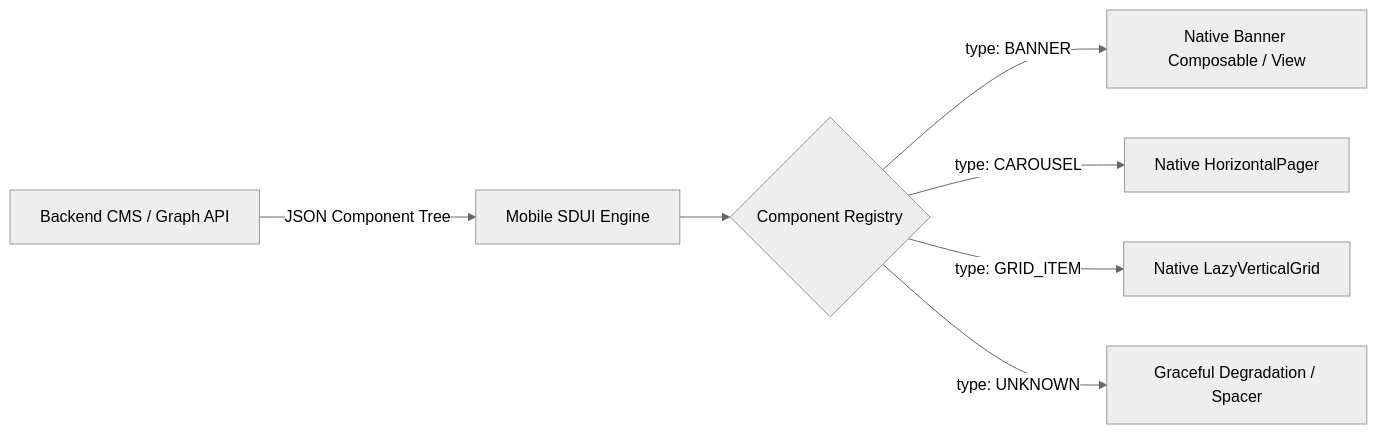
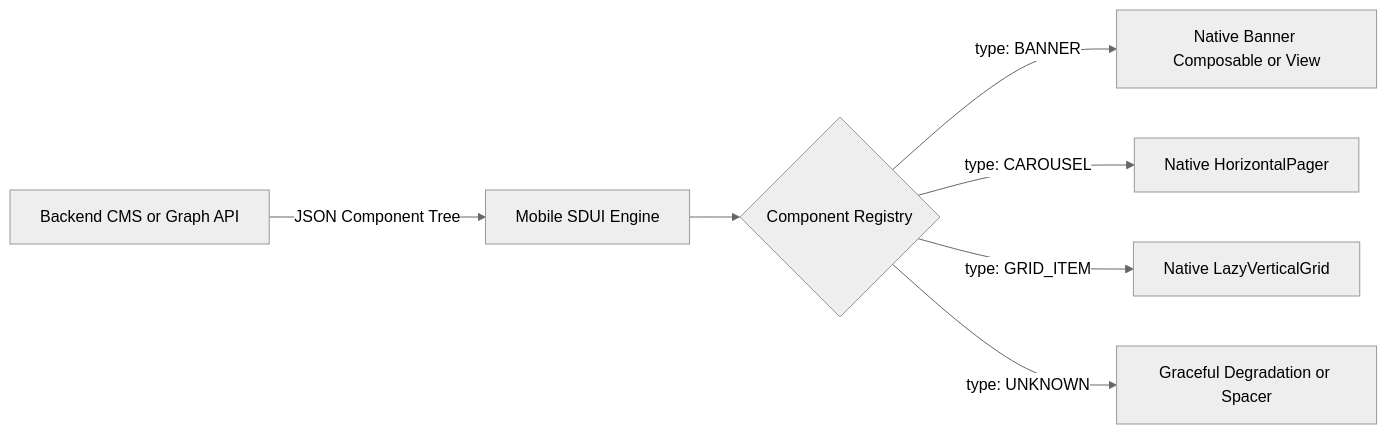
Before and after one commit to vennamprasad/awesome-mobile-interviews: the diagram in engineering/growth-and-internals/01_Server_Driven_UI_SDUI.md, drawn with Mermaid (neutral theme). The commit also changed 7 other files, not shown here.

Commit message:
fix(growth-and-internals): resolve Mermaid diagram syntax and quoting for GitHub rich display

````diff
--- a/engineering/growth-and-internals/01_Server_Driven_UI_SDUI.md
+++ b/engineering/growth-and-internals/01_Server_Driven_UI_SDUI.md
@@ -16,9 +16,9 @@
 ```mermaid
 graph LR
-    Server[Backend CMS / Graph API] -->|JSON Component Tree| ClientParser[Mobile SDUI Engine]
-    ClientParser --> Registry{Component Registry}
-    Registry -->|type: BANNER| BannerWidget[Native Banner Composable / View]
-    Registry -->|type: CAROUSEL| CarouselWidget[Native HorizontalPager]
-    Registry -->|type: GRID_ITEM| GridWidget[Native LazyVerticalGrid]
-    Registry -->|type: UNKNOWN| FallbackWidget[Graceful Degradation / Spacer]
+    Server["Backend CMS or Graph API"] -->|"JSON Component Tree"| ClientParser["Mobile SDUI Engine"]
+    ClientParser --> Registry{"Component Registry"}
+    Registry -->|"type: BANNER"| BannerWidget["Native Banner Composable or View"]
+    Registry -->|"type: CAROUSEL"| CarouselWidget["Native HorizontalPager"]
+    Registry -->|"type: GRID_ITEM"| GridWidget["Native LazyVerticalGrid"]
+    Registry -->|"type: UNKNOWN"| FallbackWidget["Graceful Degradation or Spacer"]
 ```
````
